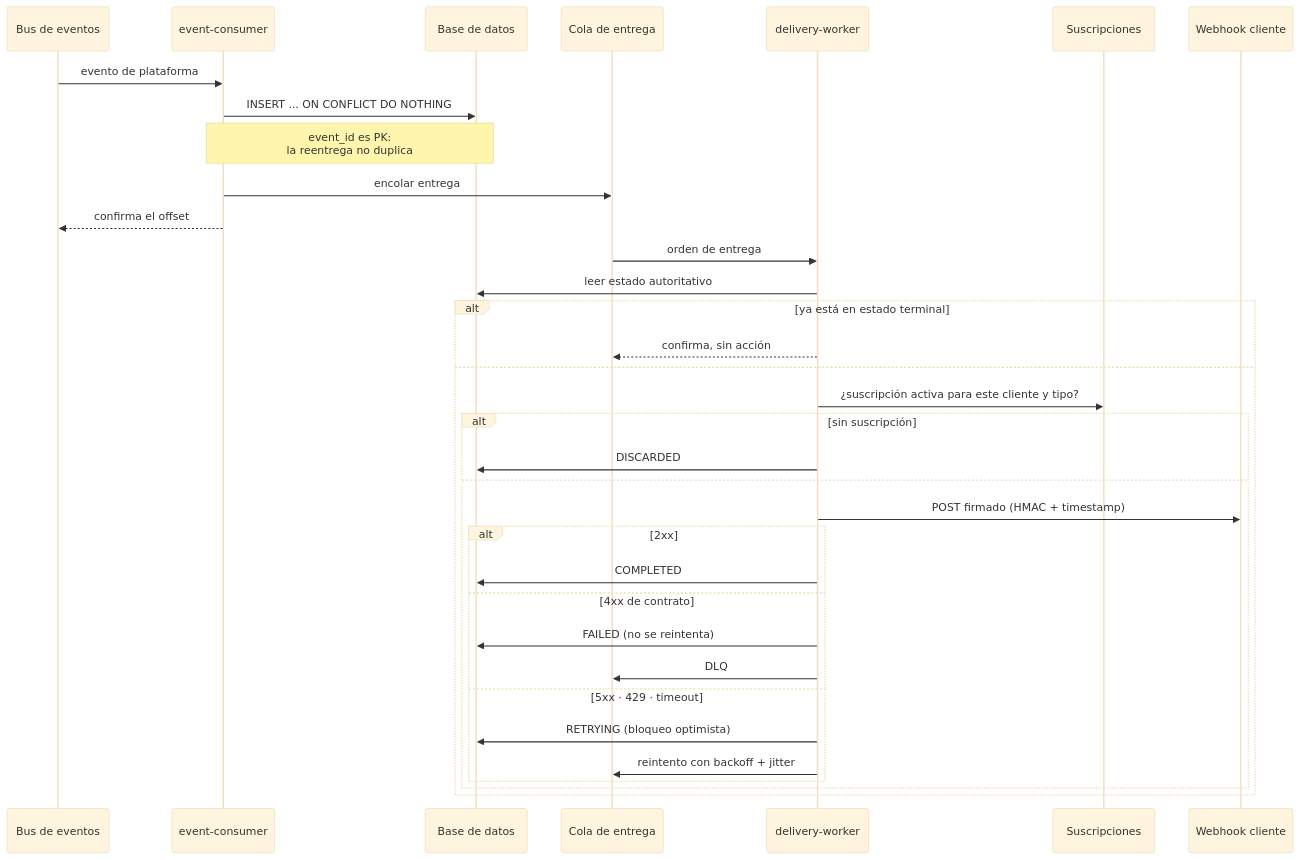
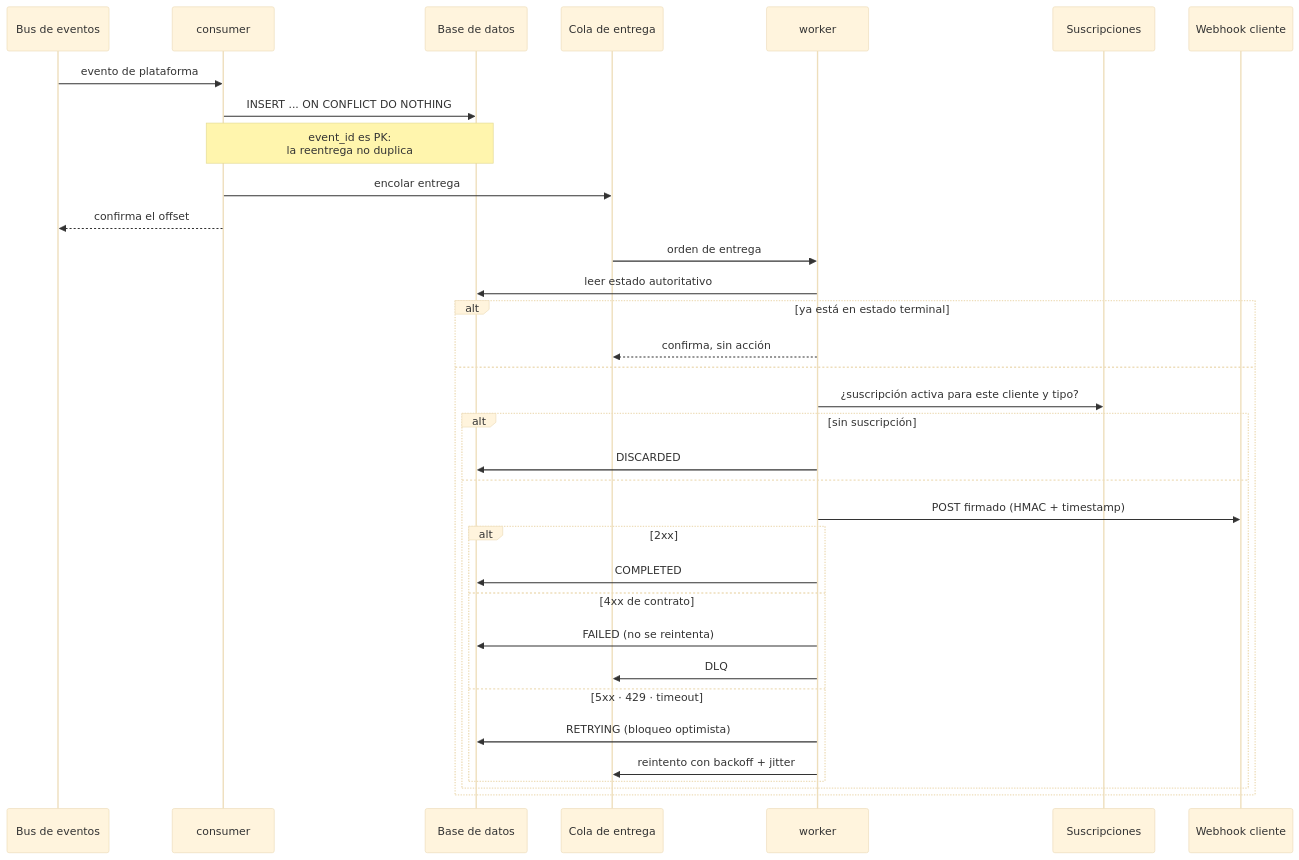
One commit to ssalaza7/cobre-notification-delivery changed the fourth of 7 diagrams in docs/01-diseno-del-sistema.md. Above: the diagram before and after it, drawn with Mermaid (base theme). The commit also changed other lines of this file and 140 other files, not shown here.

````diff
--- a/docs/01-diseno-del-sistema.md
+++ b/docs/01-diseno-del-sistema.md
@@ -183,38 +183,38 @@
 ```mermaid
 sequenceDiagram
     participant K as Bus de eventos
-    participant CON as event-consumer
+    participant CON as consumer
     participant DB as Base de datos
     participant Q as Cola de entrega
-    participant W as delivery-worker
+    participant W as worker
     participant S as Suscripciones
     participant H as Webhook cliente
 
     K->>CON: evento de plataforma
     CON->>DB: INSERT ... ON CONFLICT DO NOTHING
     Note over CON,DB: event_id es PK:<br/>la reentrega no duplica
     CON->>Q: encolar entrega
     CON-->>K: confirma el offset
 
     Q->>W: orden de entrega
     W->>DB: leer estado autoritativo
     alt ya está en estado terminal
         W-->>Q: confirma, sin acción
     else
         W->>S: ¿suscripción activa para este cliente y tipo?
         alt sin suscripción
             W->>DB: DISCARDED
         else
             W->>H: POST firmado (HMAC + timestamp)
             alt 2xx
                 W->>DB: COMPLETED
             else 4xx de contrato
                 W->>DB: FAILED (no se reintenta)
                 W->>Q: DLQ
             else 5xx · 429 · timeout
                 W->>DB: RETRYING (bloqueo optimista)
                 W->>Q: reintento con backoff + jitter
             end
         end
     end
 ```
````
